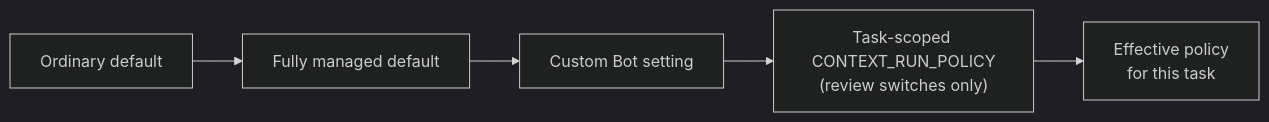
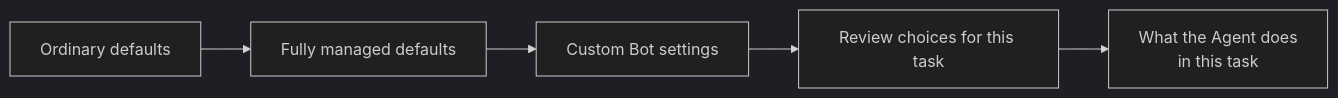
Before and after one commit to context4ai/portal: the diagram in knowledge/sop/planning-and-production/managed-mode-and-review-policy.md, drawn with Mermaid (dark theme). The commit also changed other lines of this file and 129 other files, not shown here.

````diff
--- a/knowledge/sop/planning-and-production/managed-mode-and-review-policy.md
+++ b/knowledge/sop/planning-and-production/managed-mode-and-review-policy.md
@@ -16,7 +27,7 @@
 ```mermaid
 flowchart LR
-  ord["Ordinary default"] --> man["Fully managed default"]
-  man --> bot["Custom Bot setting"]
-  bot --> task["Task-scoped CONTEXT_RUN_POLICY<br/>(review switches only)"]
-  task --> eff["Effective policy<br/>for this task"]
+  ord["Ordinary defaults"] --> man["Fully managed defaults"]
+  man --> bot["Custom Bot settings"]
+  bot --> task["Review choices for this task"]
+  task --> eff["What the Agent does<br/>in this task"]
 ```
````
